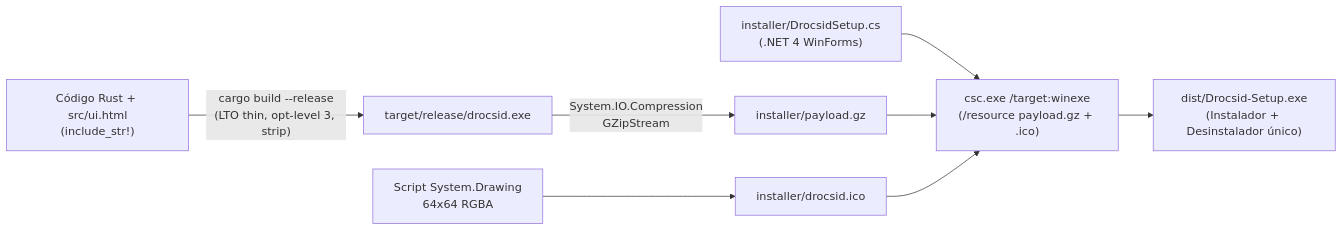
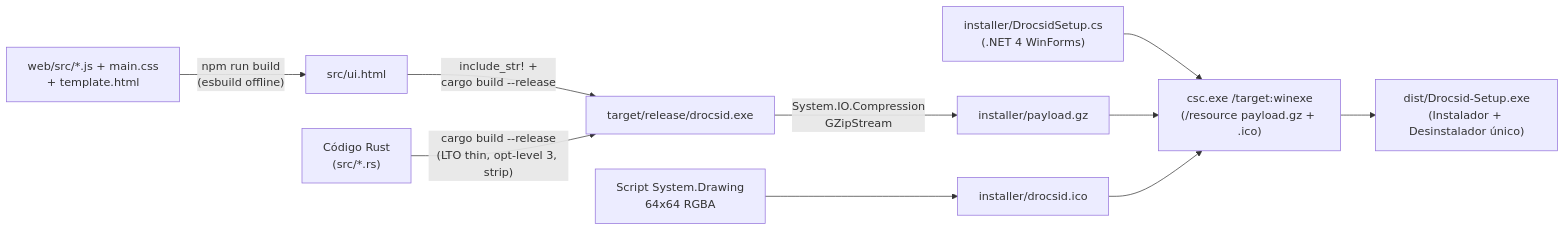
The third of 3 diagrams in ARCHITECTURE.md (thurzyn001/Drocsid), drawn with Mermaid before and after one commit. The commit also changed other lines of this file and 44 other files, not shown here.

````diff
--- a/ARCHITECTURE.md
+++ b/ARCHITECTURE.md
@@ -206,10 +214,12 @@
 ```mermaid
 flowchart LR
-    SRC["Código Rust + src/ui.html\n(include_str!)"] -->|"cargo build --release\n(LTO thin, opt-level 3, strip)"| BIN["target/release/drocsid.exe"]
+    WEB["web/src/*.js + main.css\n+ template.html"] -->|"npm run build\n(esbuild offline)"| HTML["src/ui.html"]
+    HTML -->|"include_str! +\ncargo build --release"| BIN["target/release/drocsid.exe"]
+    SRC["Código Rust\n(src/*.rs)"] -->|"cargo build --release\n(LTO thin, opt-level 3, strip)"| BIN
     BIN -->|"System.IO.Compression\nGZipStream"| GZ["installer/payload.gz"]
     ICON["Script System.Drawing\n64x64 RGBA"] --> ICO["installer/drocsid.ico"]
     CS["installer/DrocsidSetup.cs\n(.NET 4 WinForms)"] --> CSC["csc.exe /target:winexe\n(/resource payload.gz + .ico)"]
     GZ --> CSC
     ICO --> CSC
     CSC --> SETUP["dist/Drocsid-Setup.exe\n(Instalador + Desinstalador único)"]
 ```
````
